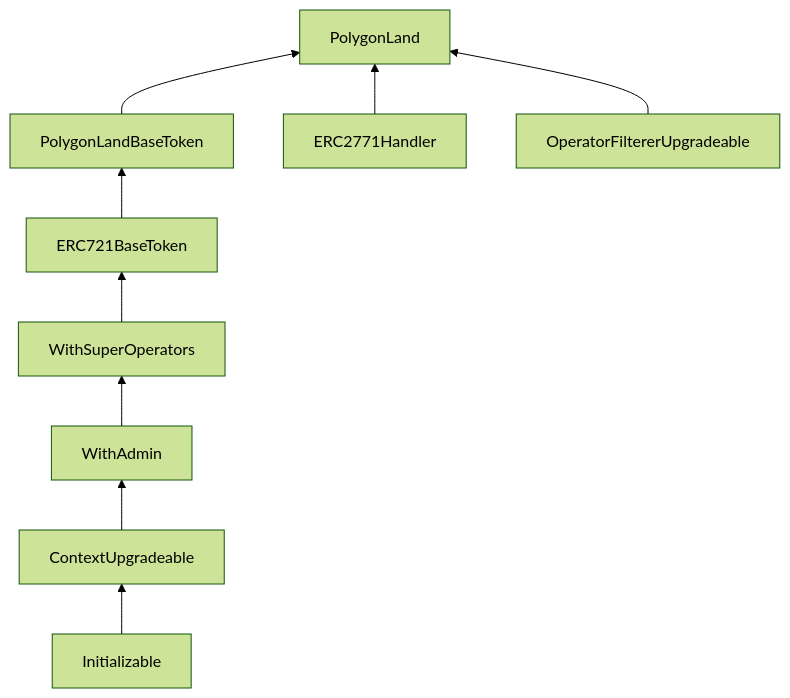
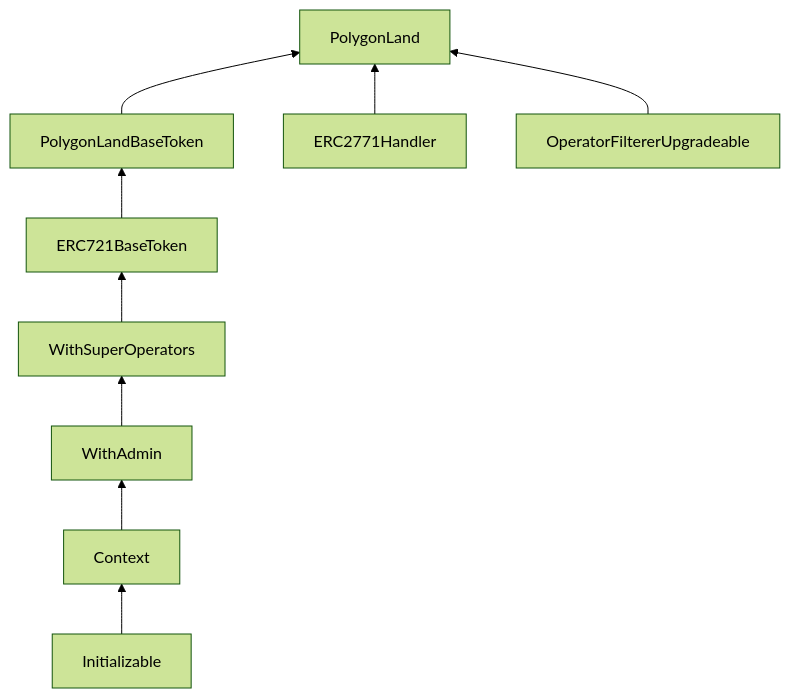
One commit to thesandboxgame/sandbox-smart-contracts changed the third of 4 diagrams in packages/land/contracts/LandUpgrade.md. Above: the diagram before and after it, drawn with Mermaid (forest theme). The commit also changed 13 other files, not shown here.

````diff
--- a/packages/land/contracts/LandUpgrade.md
+++ b/packages/land/contracts/LandUpgrade.md
@@ -71,11 +71,11 @@
 ```mermaid
 flowchart BT;
     PolygonLandBaseToken-->PolygonLand;
     ERC2771Handler-->PolygonLand;
     OperatorFiltererUpgradeable-->PolygonLand;
     ERC721BaseToken-->PolygonLandBaseToken;
     WithSuperOperators-->ERC721BaseToken;
     WithAdmin-->WithSuperOperators;
-    ContextUpgradeable-->WithAdmin;
-    Initializable-->ContextUpgradeable;
+    Context-->WithAdmin;
+    Initializable-->Context;
 ```
````
